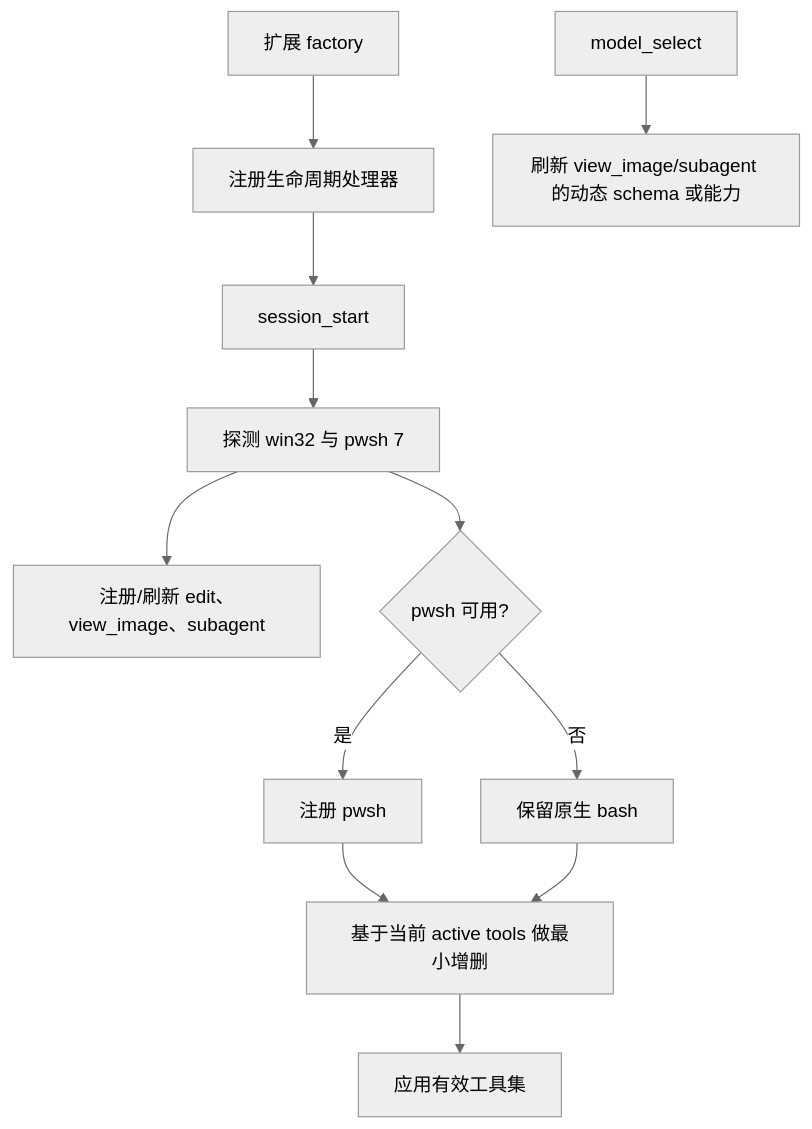
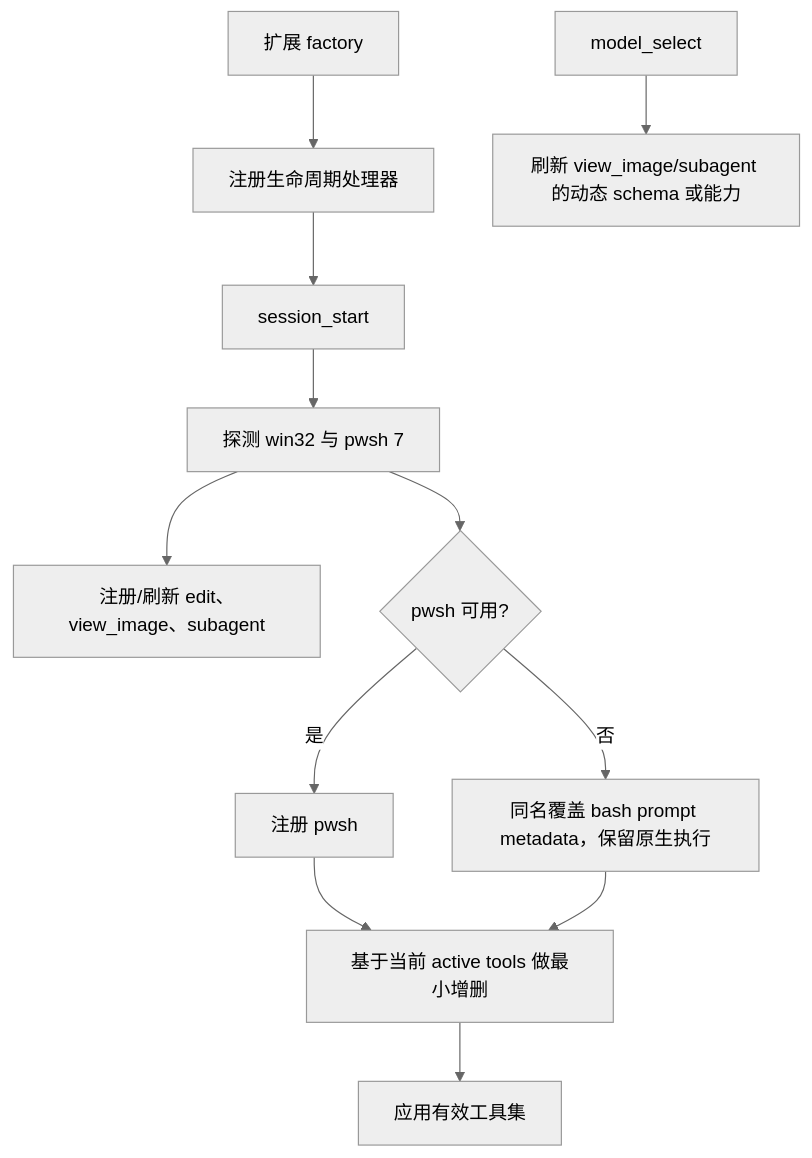
Before and after one commit to cha133/pi-enhanced: the diagram in .agents/docs/11-architecture.md, drawn with Mermaid (neutral theme). The commit also changed other lines of this file and 5 other files, not shown here.

````diff
--- a/.agents/docs/11-architecture.md
+++ b/.agents/docs/11-architecture.md
@@ -27,14 +27,14 @@
 ```mermaid
 flowchart TD
     A["扩展 factory"] --> B["注册生命周期处理器"]
     B --> C["session_start"]
     C --> D["探测 win32 与 pwsh 7"]
     D --> E["注册/刷新 edit、view_image、subagent"]
     D --> F{"pwsh 可用?"}
     F -->|是| G["注册 pwsh"]
-    F -->|否| H["保留原生 bash"]
+    F -->|否| H["同名覆盖 bash prompt metadata，保留原生执行"]
     G --> I["基于当前 active tools 做最小增删"]
     H --> I
     I --> J["应用有效工具集"]
     K["model_select"] --> L["刷新 view_image/subagent 的动态 schema 或能力"]
 ```
````
